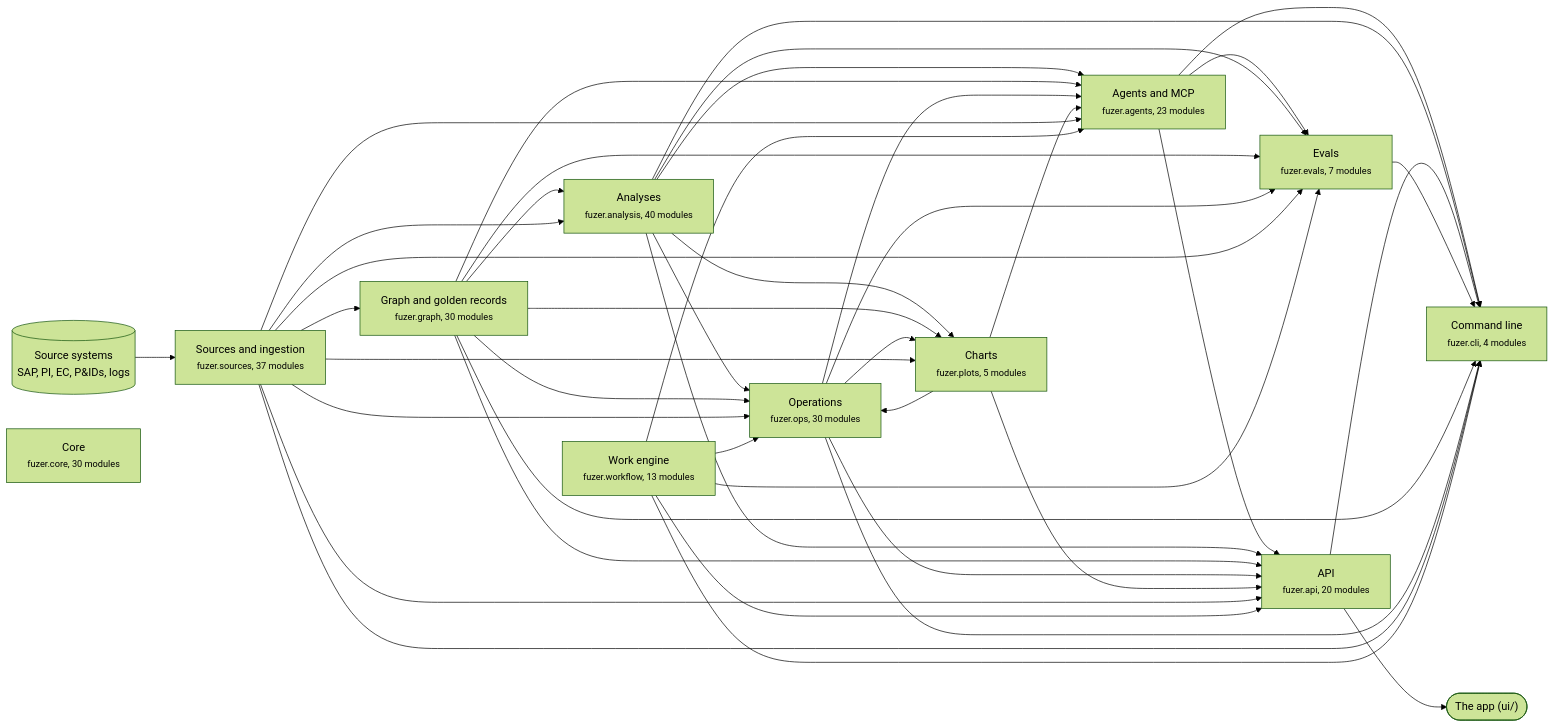
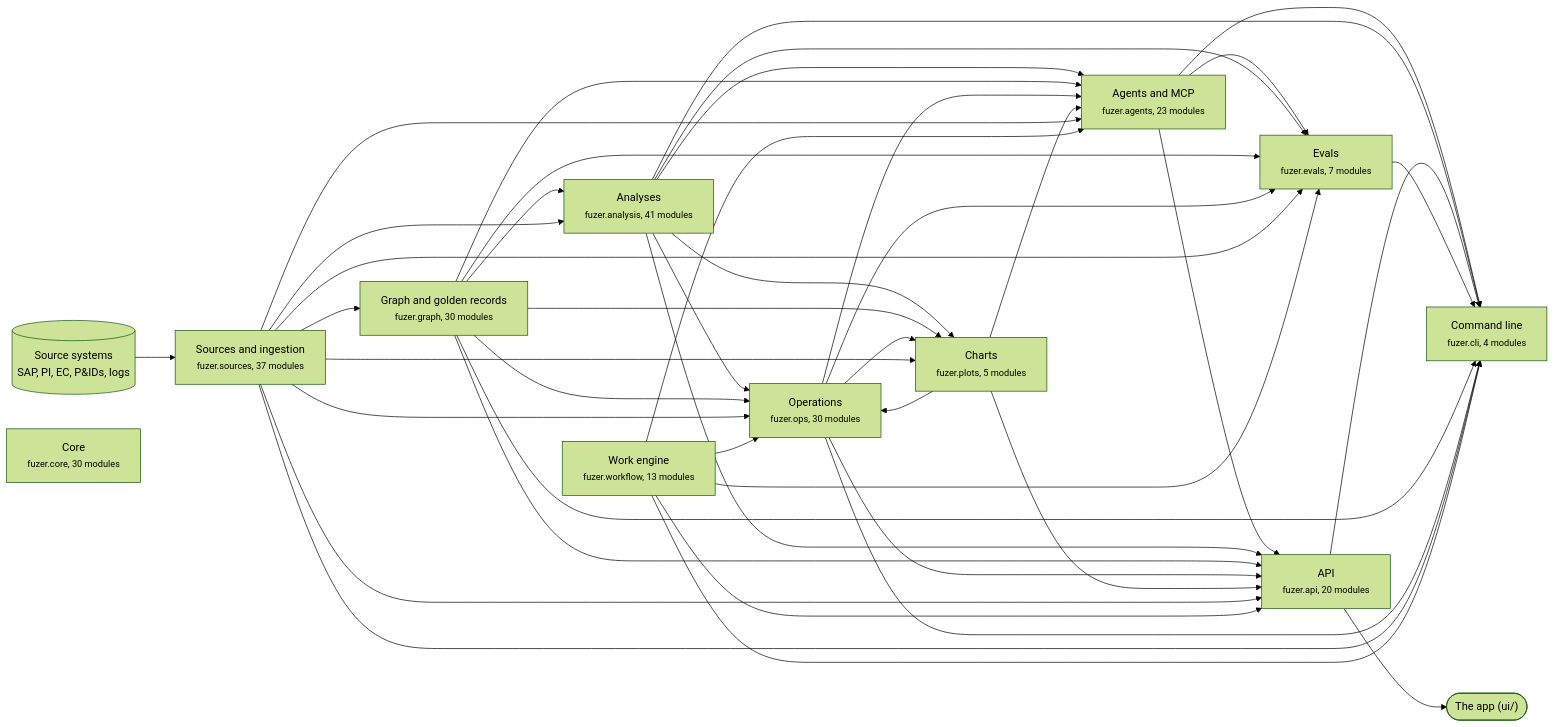
One commit to areed145/fuzer changed the first of 3 diagrams in docs/architecture.md. Above: the diagram before and after it, drawn with Mermaid (forest theme). The commit also changed other lines of this file and 11 other files, not shown here.

````diff
--- a/docs/architecture.md
+++ b/docs/architecture.md
@@ -8,67 +8,67 @@
 ```mermaid
 flowchart LR
   systems[("Source systems<br>SAP, PI, EC, P&IDs, logs")] --> c_sources
   app(["The app (ui/)"])
   c_api --> app
   c_sources["Sources and ingestion<br><small>fuzer.sources, 37 modules</small>"]
   c_graph["Graph and golden records<br><small>fuzer.graph, 30 modules</small>"]
-  c_analysis["Analyses<br><small>fuzer.analysis, 40 modules</small>"]
+  c_analysis["Analyses<br><small>fuzer.analysis, 41 modules</small>"]
   c_ops["Operations<br><small>fuzer.ops, 30 modules</small>"]
   c_plots["Charts<br><small>fuzer.plots, 5 modules</small>"]
   c_workflow["Work engine<br><small>fuzer.workflow, 13 modules</small>"]
   c_agents["Agents and MCP<br><small>fuzer.agents, 23 modules</small>"]
   c_evals["Evals<br><small>fuzer.evals, 7 modules</small>"]
   c_api["API<br><small>fuzer.api, 20 modules</small>"]
   c_cli["Command line<br><small>fuzer.cli, 4 modules</small>"]
   c_core["Core<br><small>fuzer.core, 30 modules</small>"]
   c_sources --> c_graph
   c_graph --> c_analysis
   c_sources --> c_analysis
   c_analysis --> c_ops
   c_graph --> c_ops
   c_plots --> c_ops
   c_sources --> c_ops
   c_workflow --> c_ops
   c_analysis --> c_plots
   c_graph --> c_plots
   c_ops --> c_plots
   c_sources --> c_plots
   c_analysis --> c_agents
   c_graph --> c_agents
   c_ops --> c_agents
   c_plots --> c_agents
   c_sources --> c_agents
   c_workflow --> c_agents
   c_agents --> c_evals
   c_analysis --> c_evals
   c_graph --> c_evals
   c_ops --> c_evals
   c_sources --> c_evals
   c_workflow --> c_evals
   c_agents --> c_api
   c_analysis --> c_api
   c_graph --> c_api
   c_ops --> c_api
   c_plots --> c_api
   c_sources --> c_api
   c_workflow --> c_api
   c_agents --> c_cli
   c_analysis --> c_cli
   c_api --> c_cli
   c_evals --> c_cli
   c_graph --> c_cli
   c_ops --> c_cli
   c_sources --> c_cli
   c_workflow --> c_cli
   click c_sources "https://github.com/areed145/fuzer/tree/main/src/fuzer/sources"
   click c_graph "https://github.com/areed145/fuzer/tree/main/src/fuzer/graph"
   click c_analysis "https://github.com/areed145/fuzer/tree/main/src/fuzer/analysis"
   click c_ops "https://github.com/areed145/fuzer/tree/main/src/fuzer/ops"
   click c_plots "https://github.com/areed145/fuzer/tree/main/src/fuzer/plots"
   click c_workflow "https://github.com/areed145/fuzer/tree/main/src/fuzer/workflow"
   click c_agents "https://github.com/areed145/fuzer/tree/main/src/fuzer/agents"
   click c_evals "https://github.com/areed145/fuzer/tree/main/src/fuzer/evals"
   click c_api "https://github.com/areed145/fuzer/tree/main/src/fuzer/api"
   click c_cli "https://github.com/areed145/fuzer/tree/main/src/fuzer/cli"
   click c_core "https://github.com/areed145/fuzer/tree/main/src/fuzer/core"
 ```
````
